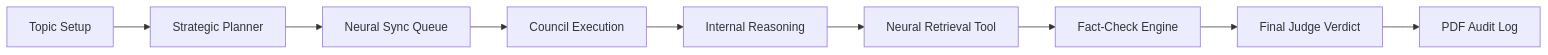
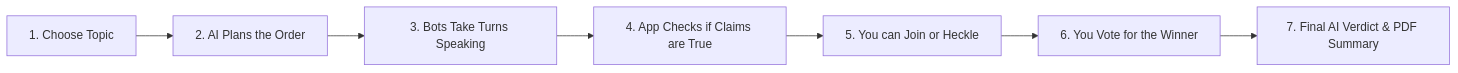
Before and after one commit to srishtit067/debate-arena: the diagram in README.md, drawn with Mermaid. The commit also changed other lines of this file and 1 other file, not shown here.

````diff
--- a/README.md
+++ b/README.md
@@ -29,11 +20,9 @@
 ```mermaid
 graph LR
-    A[Topic Setup] --> B[Strategic Planner]
-    B --> C[Neural Sync Queue]
-    C --> D[Council Execution]
-    D --> E[Internal Reasoning]
-    E --> F[Neural Retrieval Tool]
-    F --> G[Fact-Check Engine]
-    G --> H[Final Judge Verdict]
-    H --> I[PDF Audit Log]
+    A[1. Choose Topic] --> B[2. AI Plans the Order]
+    B --> C[3. Bots Take Turns Speaking]
+    C --> D[4. App Checks if Claims are True]
+    D --> E[5. You can Join or Heckle]
+    E --> F[6. You Vote for the Winner]
+    F --> G[7. Final AI Verdict & PDF Summary]
 ```
````
